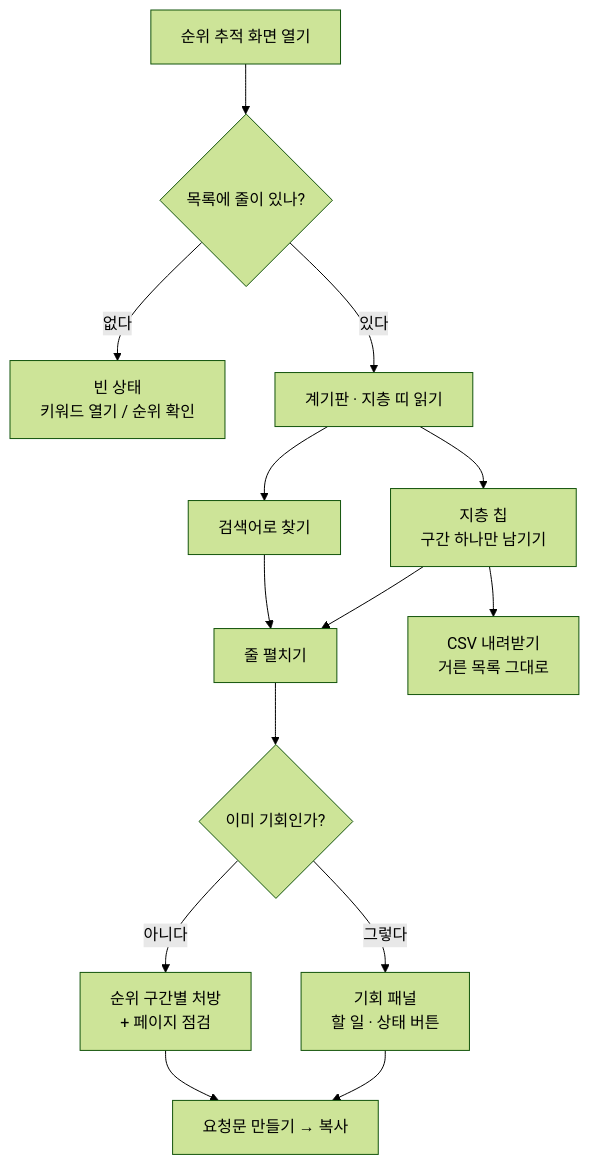
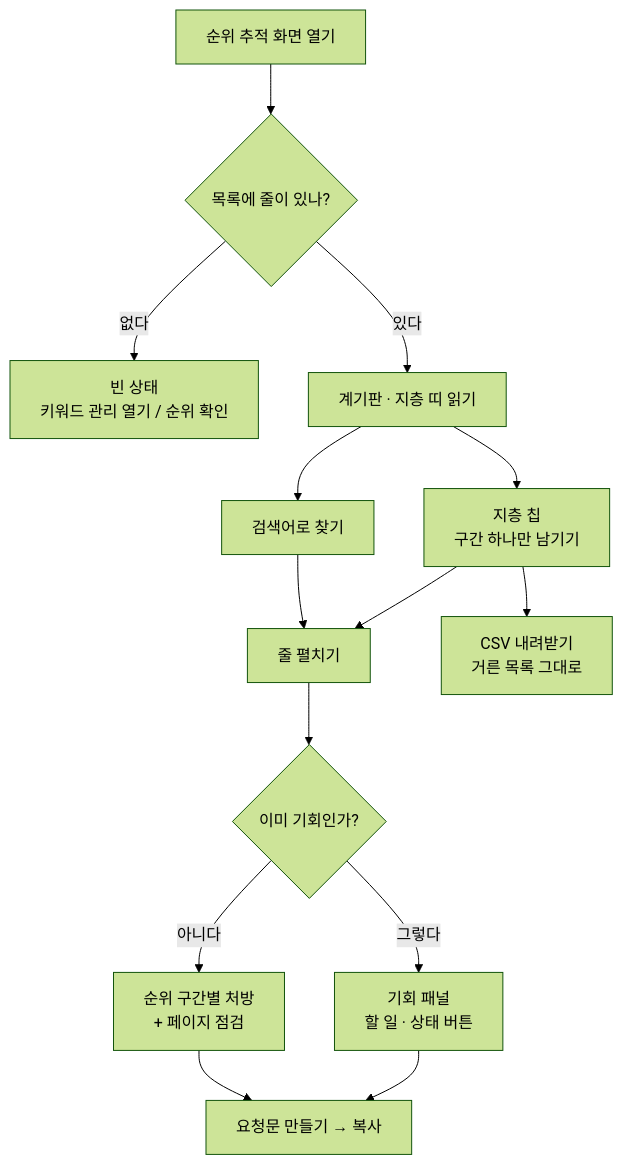
The diagram in docs/screens/rank.md (seanjr2847/seo-miner), drawn with Mermaid (forest theme) before and after one commit. The commit also changed other lines of this file and 17 other files, not shown here.

````diff
--- a/docs/screens/rank.md
+++ b/docs/screens/rank.md
@@ -98,16 +98,16 @@
 ```mermaid
 flowchart TD
   A["순위 추적 화면 열기"] --> B{"목록에 줄이 있나?"}
-  B -->|"없다"| Z["빈 상태<br/>키워드 열기 / 순위 확인"]
+  B -->|"없다"| Z["빈 상태<br/>키워드 관리 열기 / 순위 확인"]
   B -->|"있다"| C["계기판 · 지층 띠 읽기"]
   C --> D["지층 칩<br/>구간 하나만 남기기"]
   C --> F["검색어로 찾기"]
   D --> G["줄 펼치기"]
   F --> G
   G --> H{"이미 기회인가?"}
   H -->|"그렇다"| I["기회 패널<br/>할 일 · 상태 버튼"]
   H -->|"아니다"| J["순위 구간별 처방<br/>+ 페이지 점검"]
   I --> K["요청문 만들기 → 복사"]
   J --> K
   D --> L["CSV 내려받기<br/>거른 목록 그대로"]
 ```
````
